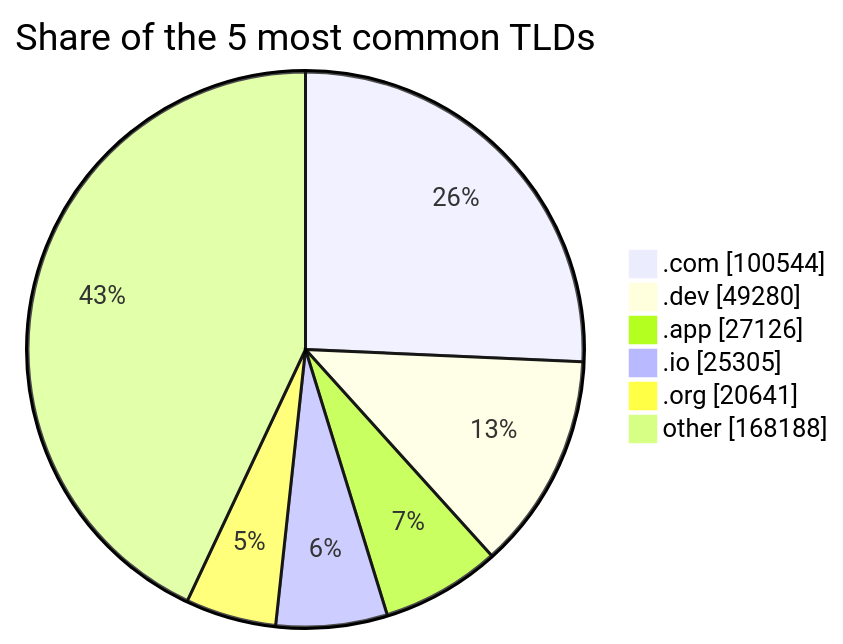
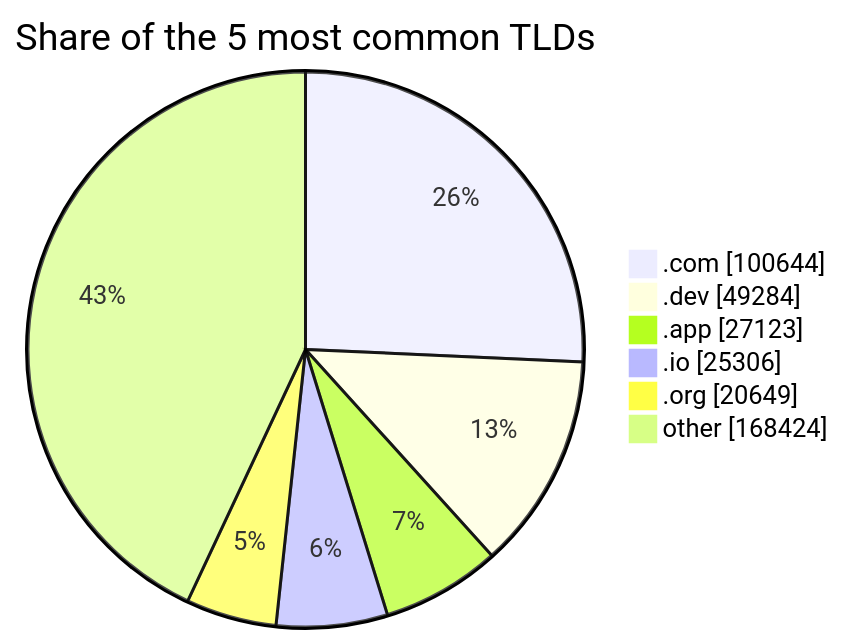
Before and after one commit to DNSBunker/CTI: the third of 3 diagrams in README.md, drawn with Mermaid. The commit also changed other lines of this file and 3 other files, not shown here.

````diff
--- a/README.md
+++ b/README.md
@@ -81,9 +81,9 @@
 ```mermaid
 pie showData title Share of the 5 most common TLDs
-    ".com" : 100544
-    ".dev" : 49280
-    ".app" : 27126
-    ".io" : 25305
-    ".org" : 20641
-    "other" : 168188
+    ".com" : 100644
+    ".dev" : 49284
+    ".app" : 27123
+    ".io" : 25306
+    ".org" : 20649
+    "other" : 168424
 ```
````
